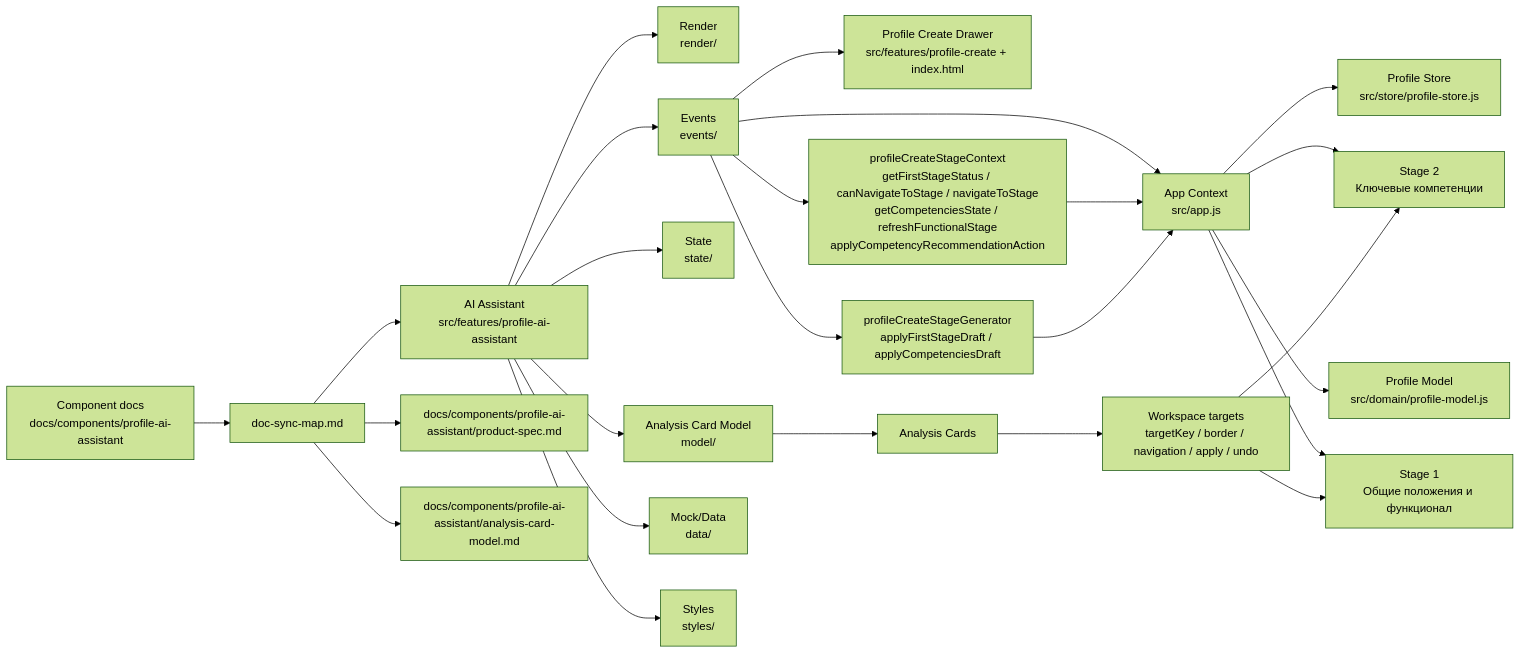
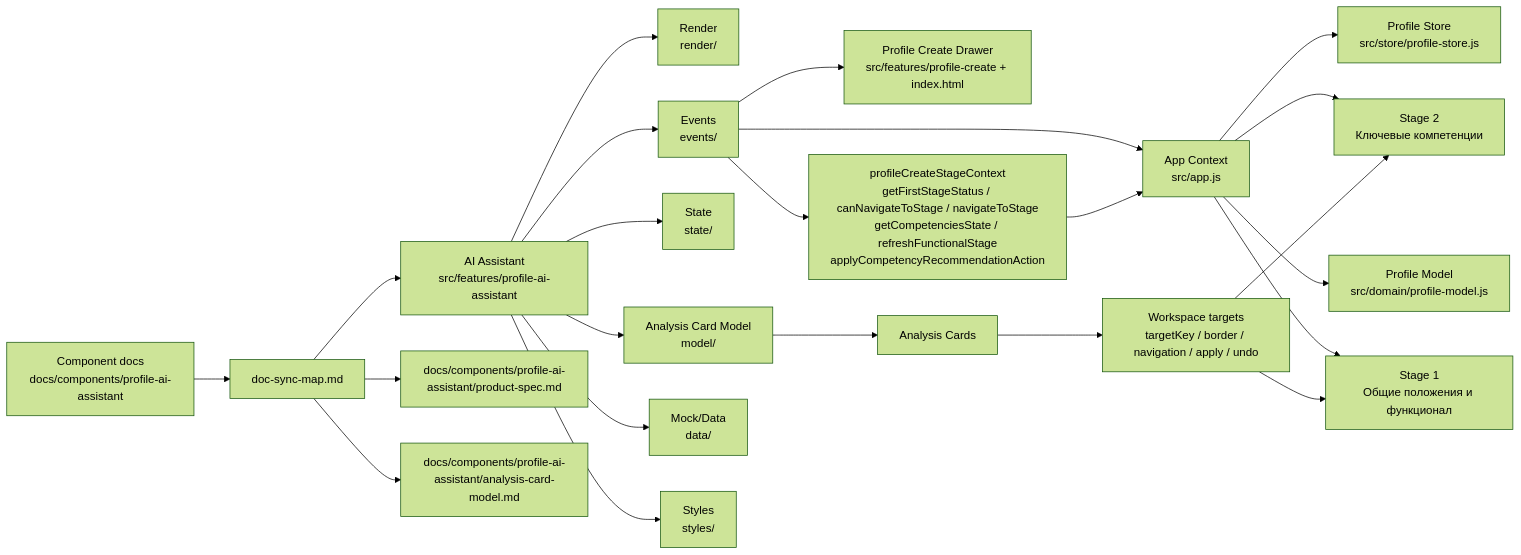
Before and after one commit to Anton-Sukhankin/HR-Profiling-Block: the diagram in docs/components/profile-ai-assistant/integration.md, drawn with Mermaid (forest theme). The commit also changed other lines of this file and 21 other files, not shown here.

````diff
--- a/docs/components/profile-ai-assistant/integration.md
+++ b/docs/components/profile-ai-assistant/integration.md
@@ -9,30 +9,28 @@
 ```mermaid
 flowchart LR
   A["AI Assistant\nsrc/features/profile-ai-assistant"] --> R["Render\nrender/"]
   A --> E["Events\nevents/"]
   A --> S["State\nstate/"]
   A --> M["Analysis Card Model\nmodel/"]
   A --> D["Mock/Data\ndata/"]
   A --> CSS["Styles\nstyles/"]
 
   E --> PC["Profile Create Drawer\nsrc/features/profile-create + index.html"]
   E --> CTX["profileCreateStageContext\ngetFirstStageStatus / canNavigateToStage / navigateToStage\ngetCompetenciesState / refreshFunctionalStage\napplyCompetencyRecommendationAction"]
-  E --> GEN["profileCreateStageGenerator\napplyFirstStageDraft / applyCompetenciesDraft"]
   E --> APP["App Context\nsrc/app.js"]
   CTX --> APP
-  GEN --> APP
   APP --> ST1["Stage 1\nОбщие положения и функционал"]
   APP --> ST2["Stage 2\nКлючевые компетенции"]
   APP --> PM["Profile Model\nsrc/domain/profile-model.js"]
   APP --> PS["Profile Store\nsrc/store/profile-store.js"]
 
   M --> AC["Analysis Cards"]
   AC --> WS["Workspace targets\ntargetKey / border / navigation / apply / undo"]
   WS --> ST1
   WS --> ST2
 
   DOC["Component docs\ndocs/components/profile-ai-assistant"] --> MAP["doc-sync-map.md"]
   MAP --> A
   MAP --> ROOTDOC["docs/components/profile-ai-assistant/product-spec.md"]
   MAP --> CARDMODEL["docs/components/profile-ai-assistant/analysis-card-model.md"]
 ```
````
